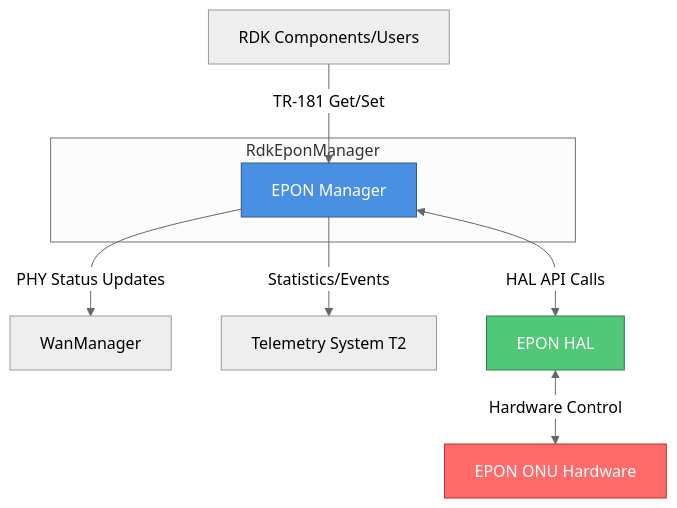
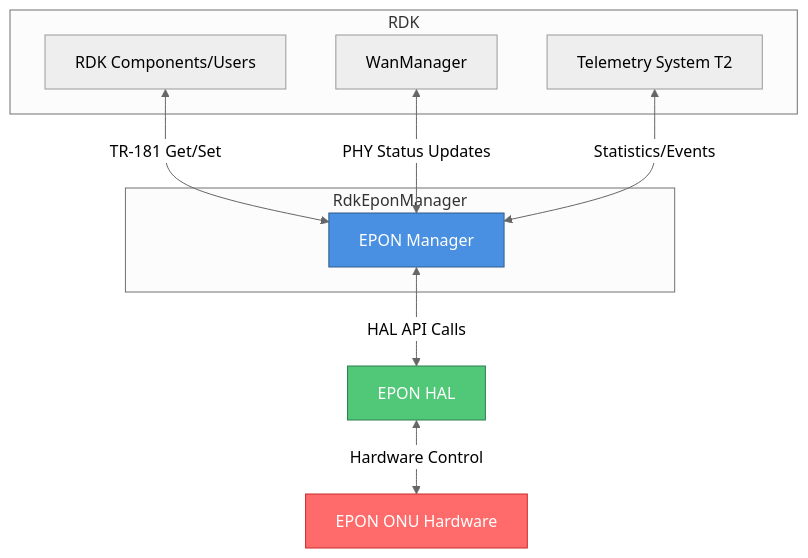
The first of 5 diagrams in design_docs/02_Architecture.md (rdkcentral/epon-manager), drawn with Mermaid (neutral theme) before and after one commit. The commit also changed other lines of this file and 5 other files, not shown here.

Commit message:
Refactor architecture and component design documentation; add configuration details and remove obsolete data flow section

````diff
--- a/design_docs/02_Architecture.md
+++ b/design_docs/02_Architecture.md
@@ -7,23 +7,25 @@
 ```mermaid
 graph TB
-    User[RDK Components/Users]
-    WM[WanManager]
-    T2[Telemetry System T2]
+    subgraph RDK
+        User[RDK Components/Users]
+        WM[WanManager]
+        T2[Telemetry System T2]
+    end
     
     subgraph RdkEponManager
         EPM[EPON Manager]
     end
     
     HAL[EPON HAL]
     HW[EPON ONU Hardware]
     
-    User -->|TR-181 Get/Set| EPM
-    EPM -->|PHY Status Updates| WM
-    EPM -->|Statistics/Events| T2
+    User <-->|TR-181 Get/Set| EPM
+    WM <-->|PHY Status Updates| EPM
+    T2 <-->|Statistics/Events| EPM
     EPM <-->|HAL API Calls| HAL
     HAL <-->|Hardware Control| HW
     
     style EPM fill:#4A90E2,stroke:#2E5C8A,color:#fff
     style HAL fill:#50C878,stroke:#2E7D4E,color:#fff
     style HW fill:#FF6B6B,stroke:#C92A2A,color:#fff
 ```
````
